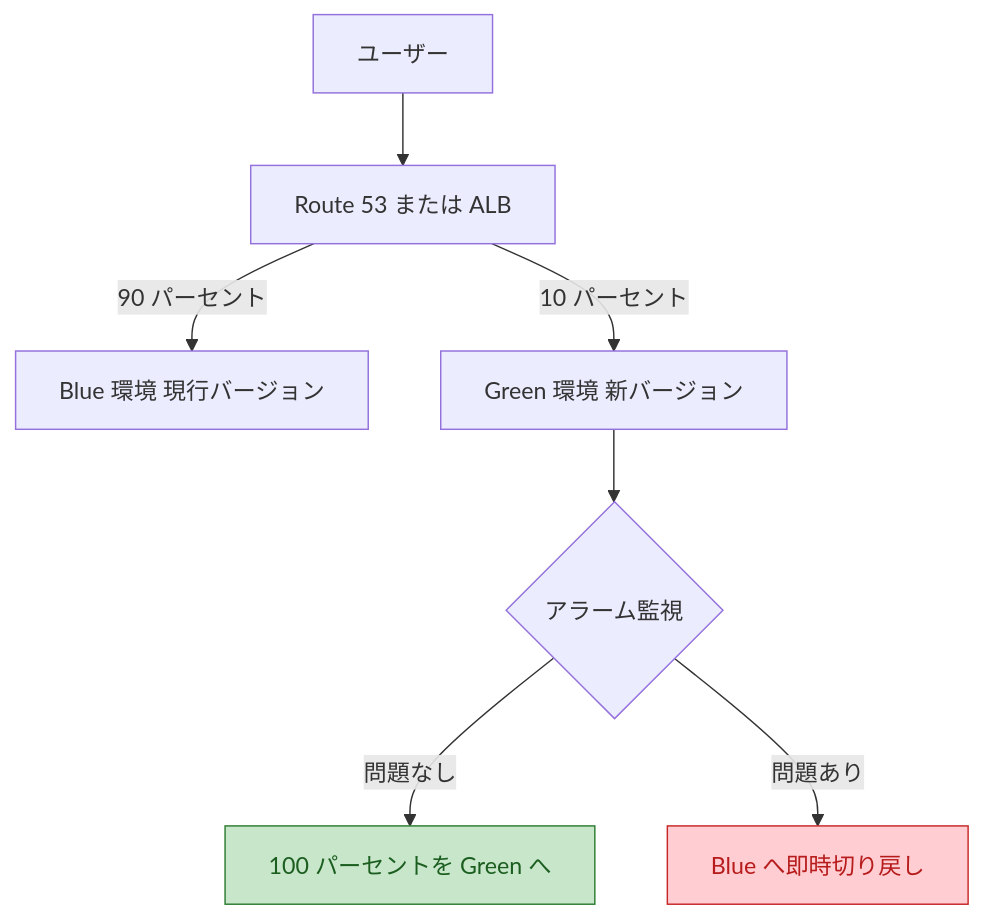
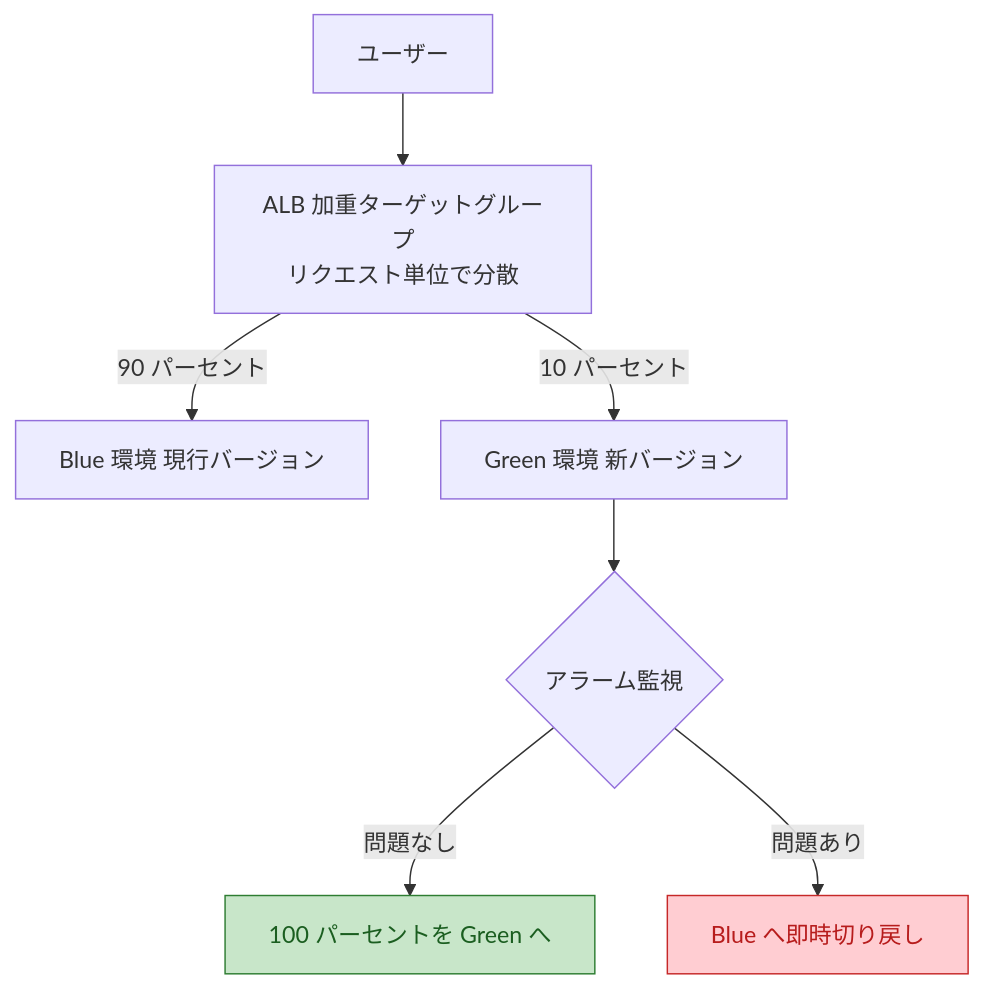
Before and after one commit to myoshi2891/Cloud-Infrastructure-and-Network-Studies: the third of 23 diagrams in Aws-sap-c02-domain2-guide.md, drawn with Mermaid. The commit also changed other lines of this file and 1 other file, not shown here.

Commit message:
docs(aws): clarify Blue/Green routing, RI classes, S3 remediation, and Session Manager logging in SAP-C02 guides

````diff
--- a/Aws-sap-c02-domain2-guide.md
+++ b/Aws-sap-c02-domain2-guide.md
@@ -189,11 +189,11 @@
 ```mermaid
 flowchart TB
-    U["ユーザー"] --> R53["Route 53 または ALB"]
-    R53 -->|"90 パーセント"| BLUE["Blue 環境 現行バージョン"]
-    R53 -->|"10 パーセント"| GREEN["Green 環境 新バージョン"]
+    U["ユーザー"] --> ALB["ALB 加重ターゲットグループ<br/>リクエスト単位で分散"]
+    ALB -->|"90 パーセント"| BLUE["Blue 環境 現行バージョン"]
+    ALB -->|"10 パーセント"| GREEN["Green 環境 新バージョン"]
     GREEN --> CHECK{"アラーム監視"}
     CHECK -->|"問題なし"| SHIFT["100 パーセントを Green へ"]
     CHECK -->|"問題あり"| BACK["Blue へ即時切り戻し"]
     style BACK fill:#ffcdd2,stroke:#c62828,color:#b71c1c
     style SHIFT fill:#c8e6c9,stroke:#2e7d32,color:#1b5e20
 ```
````
